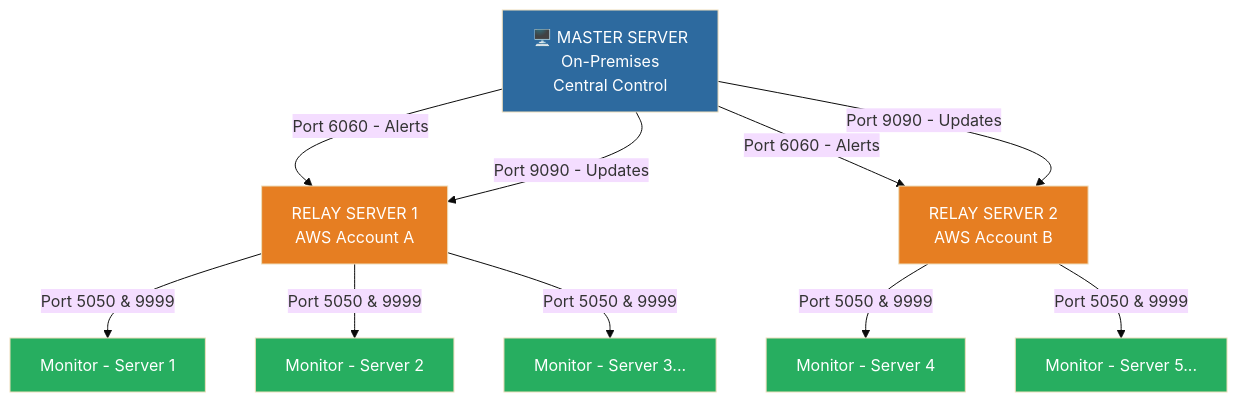
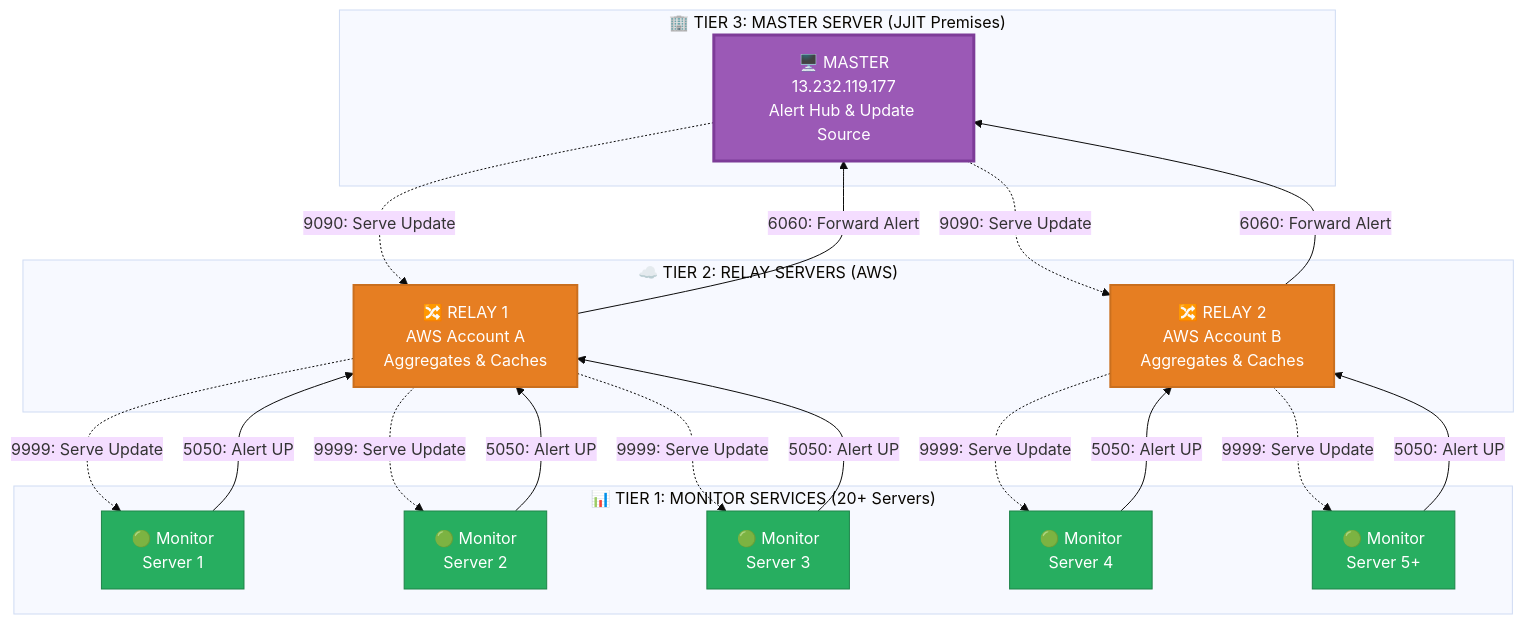
One commit to bhushankoli-dev/magicmonitor changed the diagram in README.md. Above: the diagram before and after it, drawn with Mermaid (base theme). The commit also changed other lines of this file, not shown here.

````diff
--- a/README.md
+++ b/README.md
@@ -37,20 +39,48 @@
 ```mermaid
 graph TD
-    A["🖥️ MASTER SERVER<br/>On-Premises<br/>Central Control"] -->|"Port 6060 - Alerts"| B["RELAY SERVER 1<br/>AWS Account A"]
-    A -->|"Port 6060 - Alerts"| C["RELAY SERVER 2<br/>AWS Account B"]
-    A -->|"Port 9090 - Updates"| B
-    A -->|"Port 9090 - Updates"| C
-    B -->|"Port 5050 & 9999"| D["Monitor - Server 1"]
-    B -->|"Port 5050 & 9999"| E["Monitor - Server 2"]
-    B -->|"Port 5050 & 9999"| F["Monitor - Server 3..."]
-    C -->|"Port 5050 & 9999"| G["Monitor - Server 4"]
-    C -->|"Port 5050 & 9999"| H["Monitor - Server 5..."]
-    style A fill:#2d6a9f,color:#fff
-    style B fill:#e67e22,color:#fff
-    style C fill:#e67e22,color:#fff
-    style D fill:#27ae60,color:#fff
-    style E fill:#27ae60,color:#fff
-    style F fill:#27ae60,color:#fff
-    style G fill:#27ae60,color:#fff
-    style H fill:#27ae60,color:#fff
+    subgraph tier3["🏢 TIER 3: MASTER SERVER (JJIT Premises)"]
+        M["🖥️ MASTER<br/>13.232.119.177<br/>Alert Hub & Update Source"]
+    end
+    
+    subgraph tier2["☁️ TIER 2: RELAY SERVERS (AWS)"]
+        R1["🔀 RELAY 1<br/>AWS Account A<br/>Aggregates & Caches"]
+        R2["🔀 RELAY 2<br/>AWS Account B<br/>Aggregates & Caches"]
+    end
+    
+    subgraph tier1["📊 TIER 1: MONITOR SERVICES (20+ Servers)"]
+        Mon1["🟢 Monitor<br/>Server 1"]
+        Mon2["🟢 Monitor<br/>Server 2"]
+        Mon3["🟢 Monitor<br/>Server 3"]
+        Mon4["🟢 Monitor<br/>Server 4"]
+        Mon5["🟢 Monitor<br/>Server 5+"]
+    end
+    
+    %% Alert Flow (UP) - Solid arrows
+    Mon1 -->|"5050: Alert UP"| R1
+    Mon2 -->|"5050: Alert UP"| R1
+    Mon3 -->|"5050: Alert UP"| R1
+    Mon4 -->|"5050: Alert UP"| R2
+    Mon5 -->|"5050: Alert UP"| R2
+    
+    R1 -->|"6060: Forward Alert"| M
+    R2 -->|"6060: Forward Alert"| M
+    
+    %% Update Flow (DOWN) - Dashed arrows
+    M -.->|"9090: Serve Update"| R1
+    M -.->|"9090: Serve Update"| R2
+    
+    R1 -.->|"9999: Serve Update"| Mon1
+    R1 -.->|"9999: Serve Update"| Mon2
+    R1 -.->|"9999: Serve Update"| Mon3
+    R2 -.->|"9999: Serve Update"| Mon4
+    R2 -.->|"9999: Serve Update"| Mon5
+    
+    style M fill:#9b59b6,color:#fff,stroke:#7d3c98,stroke-width:3px
+    style R1 fill:#e67e22,color:#fff,stroke:#ca6f1e,stroke-width:2px
+    style R2 fill:#e67e22,color:#fff,stroke:#ca6f1e,stroke-width:2px
+    style Mon1 fill:#27ae60,color:#fff,stroke:#1e8449,stroke-width:1px
+    style Mon2 fill:#27ae60,color:#fff,stroke:#1e8449,stroke-width:1px
+    style Mon3 fill:#27ae60,color:#fff,stroke:#1e8449,stroke-width:1px
+    style Mon4 fill:#27ae60,color:#fff,stroke:#1e8449,stroke-width:1px
+    style Mon5 fill:#27ae60,color:#fff,stroke:#1e8449,stroke-width:1px
 ```
````
